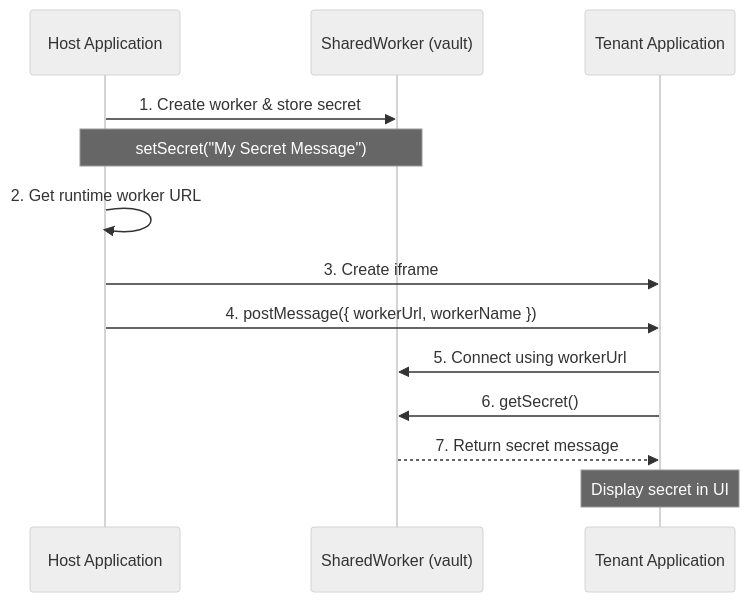
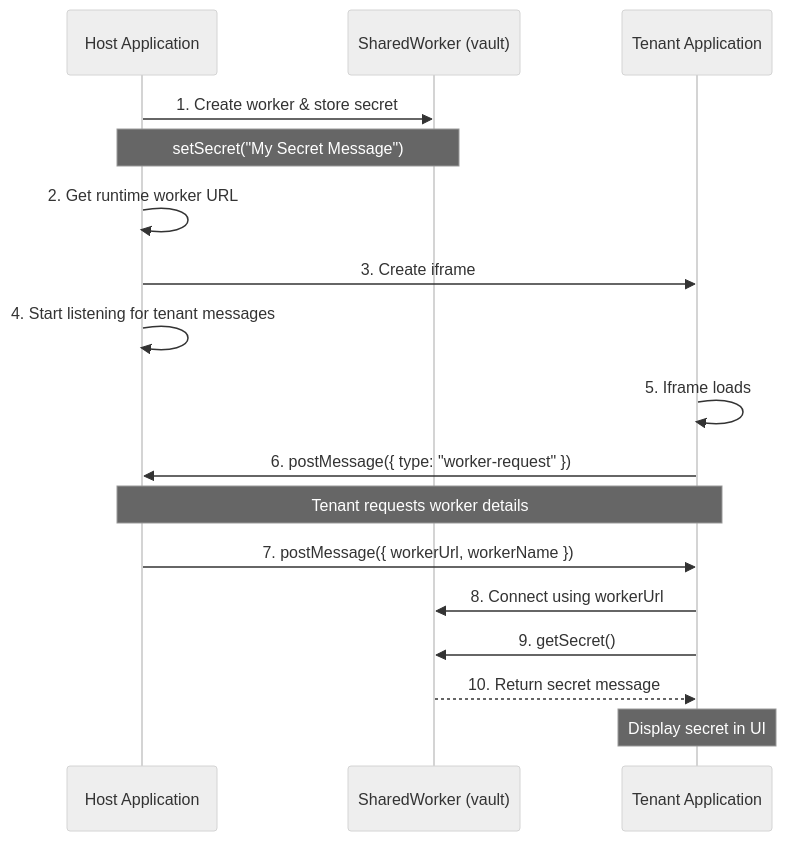
The first of 2 diagrams in experiment-07/README.md (grancalavera/post-message-sandbox), drawn with Mermaid (neutral theme) before and after one commit. The commit also changed other lines of this file, not shown here.

Commit message:
Specify tenant-initiated handshake protocol in experiment-07

````diff
--- a/experiment-07/README.md
+++ b/experiment-07/README.md
@@ -13,16 +13,20 @@
 ```mermaid
 sequenceDiagram
     participant Host as Host Application
     participant Worker as SharedWorker (vault)
     participant Tenant as Tenant Application
 
     Host->>Worker: 1. Create worker & store secret
     Note over Host,Worker: setSecret("My Secret Message")
     Host->>Host: 2. Get runtime worker URL
     Host->>Tenant: 3. Create iframe
-    Host->>Tenant: 4. postMessage({ workerUrl, workerName })
-    Tenant->>Worker: 5. Connect using workerUrl
-    Tenant->>Worker: 6. getSecret()
-    Worker-->>Tenant: 7. Return secret message
+    Host->>Host: 4. Start listening for tenant messages
+    Tenant->>Tenant: 5. Iframe loads
+    Tenant->>Host: 6. postMessage({ type: "worker-request" })
+    Note over Tenant,Host: Tenant requests worker details
+    Host->>Tenant: 7. postMessage({ workerUrl, workerName })
+    Tenant->>Worker: 8. Connect using workerUrl
+    Tenant->>Worker: 9. getSecret()
+    Worker-->>Tenant: 10. Return secret message
     Note over Tenant: Display secret in UI
 ```
````
